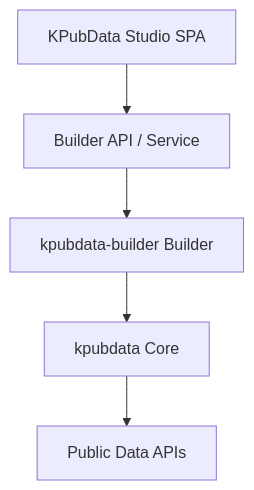
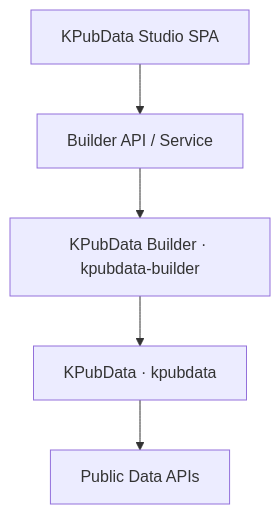
Before and after one commit to kpubdata-lab/kpubdata-studio: the first of 5 diagrams in ARCHITECTURE.md, drawn with Mermaid. The commit also changed other lines of this file and 7 other files, not shown here.

First line of the commit message:
docs: stop the architecture diagram at the Builder API

````diff
--- a/ARCHITECTURE.md
+++ b/ARCHITECTURE.md
@@ -7,7 +7,7 @@
 ```mermaid
 graph TD
     Studio[KPubData Studio SPA] --> BuilderAPI[Builder API / Service]
-    BuilderAPI --> KBuilder[kpubdata-builder Builder]
-    KBuilder --> KPubData[kpubdata Core]
+    BuilderAPI --> KBuilder[KPubData Builder · kpubdata-builder]
+    KBuilder --> KPubData[KPubData · kpubdata]
     KPubData --> PublicAPIs[Public Data APIs]
 ```
````
